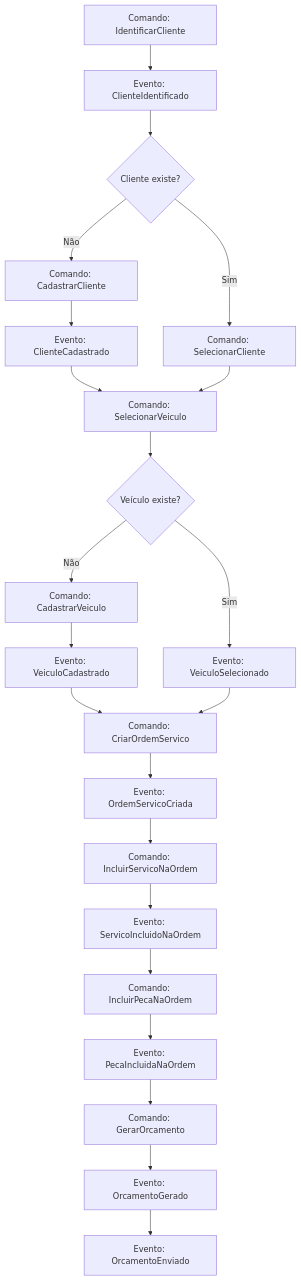
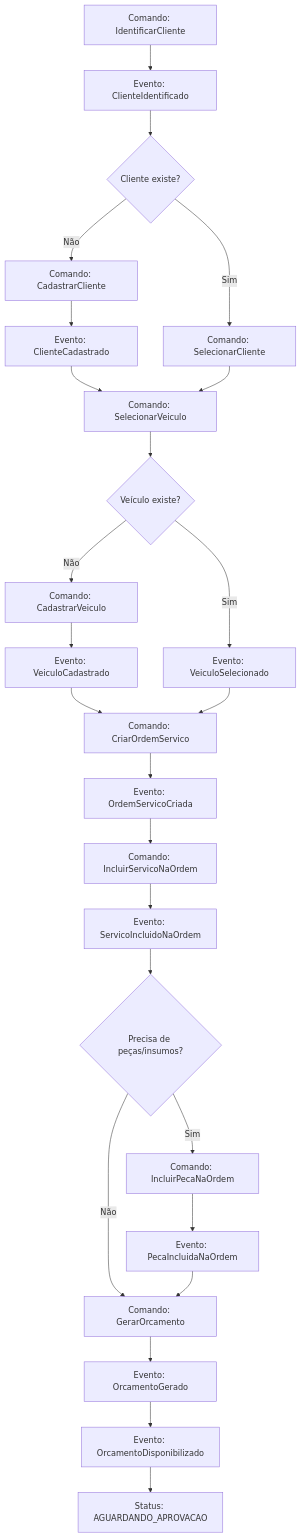
Before and after one commit to yxsbx/SOAT-FIAP: the first of 4 diagrams in docs/EVENT_STORMING.md, drawn with Mermaid. The commit also changed other lines of this file and 11 other files, not shown here.

````diff
--- a/docs/EVENT_STORMING.md
+++ b/docs/EVENT_STORMING.md
@@ -364,24 +397,27 @@
 ```mermaid
 flowchart TD
     C1["Comando: IdentificarCliente"] --> E1["Evento: ClienteIdentificado"]
     E1 --> D1{Cliente existe?}
     D1 -- "Não" --> C2["Comando: CadastrarCliente"]
     C2 --> E2["Evento: ClienteCadastrado"]
     D1 -- "Sim" --> C3["Comando: SelecionarCliente"]
     E2 --> C4["Comando: SelecionarVeiculo"]
     C3 --> C4
     C4 --> D2{Veículo existe?}
     D2 -- "Não" --> C5["Comando: CadastrarVeiculo"]
     C5 --> E3["Evento: VeiculoCadastrado"]
     D2 -- "Sim" --> E4["Evento: VeiculoSelecionado"]
     E3 --> C6["Comando: CriarOrdemServico"]
     E4 --> C6
     C6 --> E5["Evento: OrdemServicoCriada"]
     E5 --> C7["Comando: IncluirServicoNaOrdem"]
     C7 --> E6["Evento: ServicoIncluidoNaOrdem"]
-    E6 --> C8["Comando: IncluirPecaNaOrdem"]
+    E6 --> D3{Precisa de peças/insumos?}
+    D3 -- "Não" --> C9["Comando: GerarOrcamento"]
+    D3 -- "Sim" --> C8["Comando: IncluirPecaNaOrdem"]
     C8 --> E7["Evento: PecaIncluidaNaOrdem"]
-    E7 --> C9["Comando: GerarOrcamento"]
+    E7 --> C9
     C9 --> E8["Evento: OrcamentoGerado"]
-    E8 --> E9["Evento: OrcamentoEnviado"]
+    E8 --> E9["Evento: OrcamentoDisponibilizado"]
+    E9 --> S1["Status: AGUARDANDO_APROVACAO"]
 ```
````
